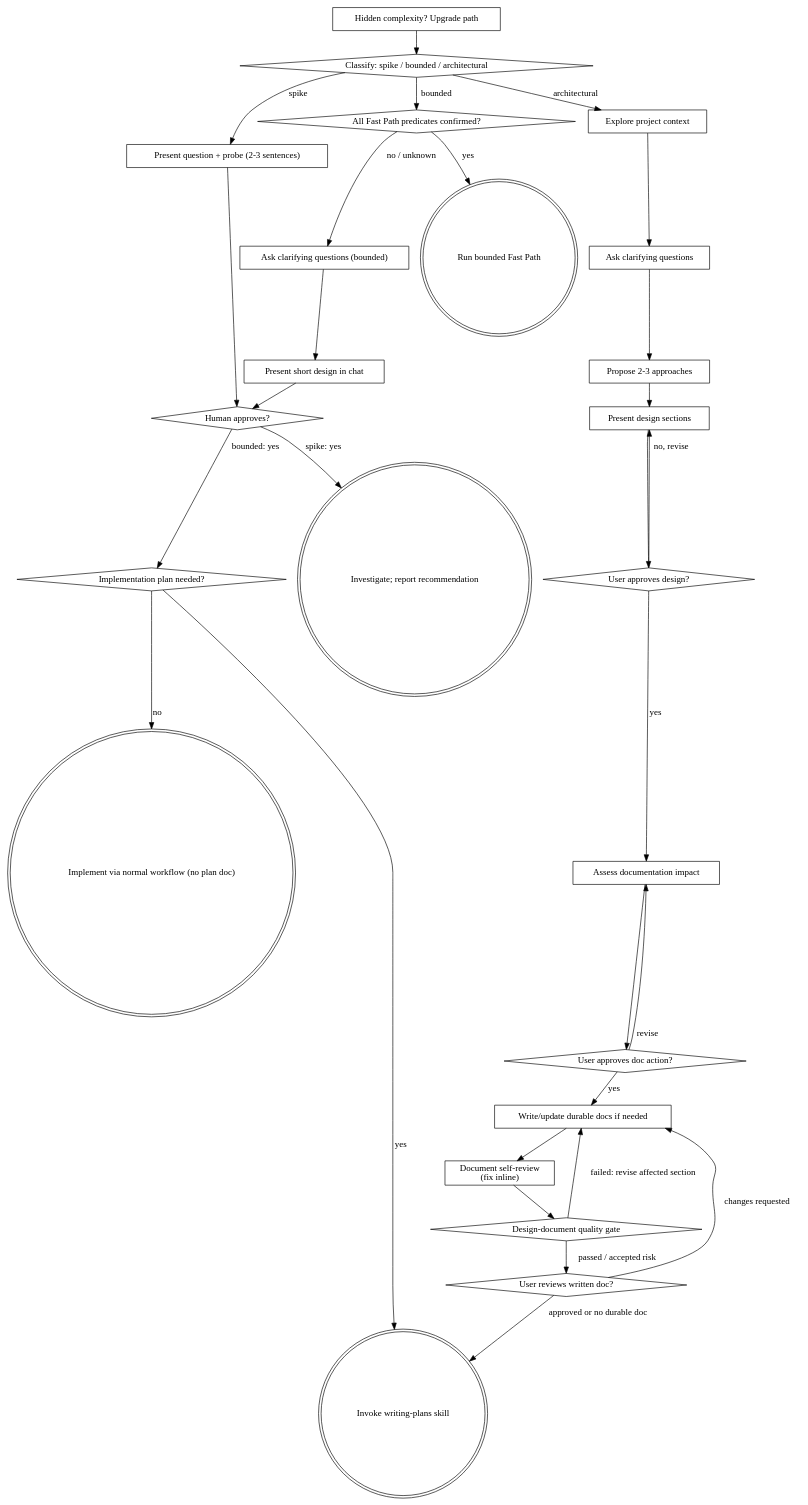
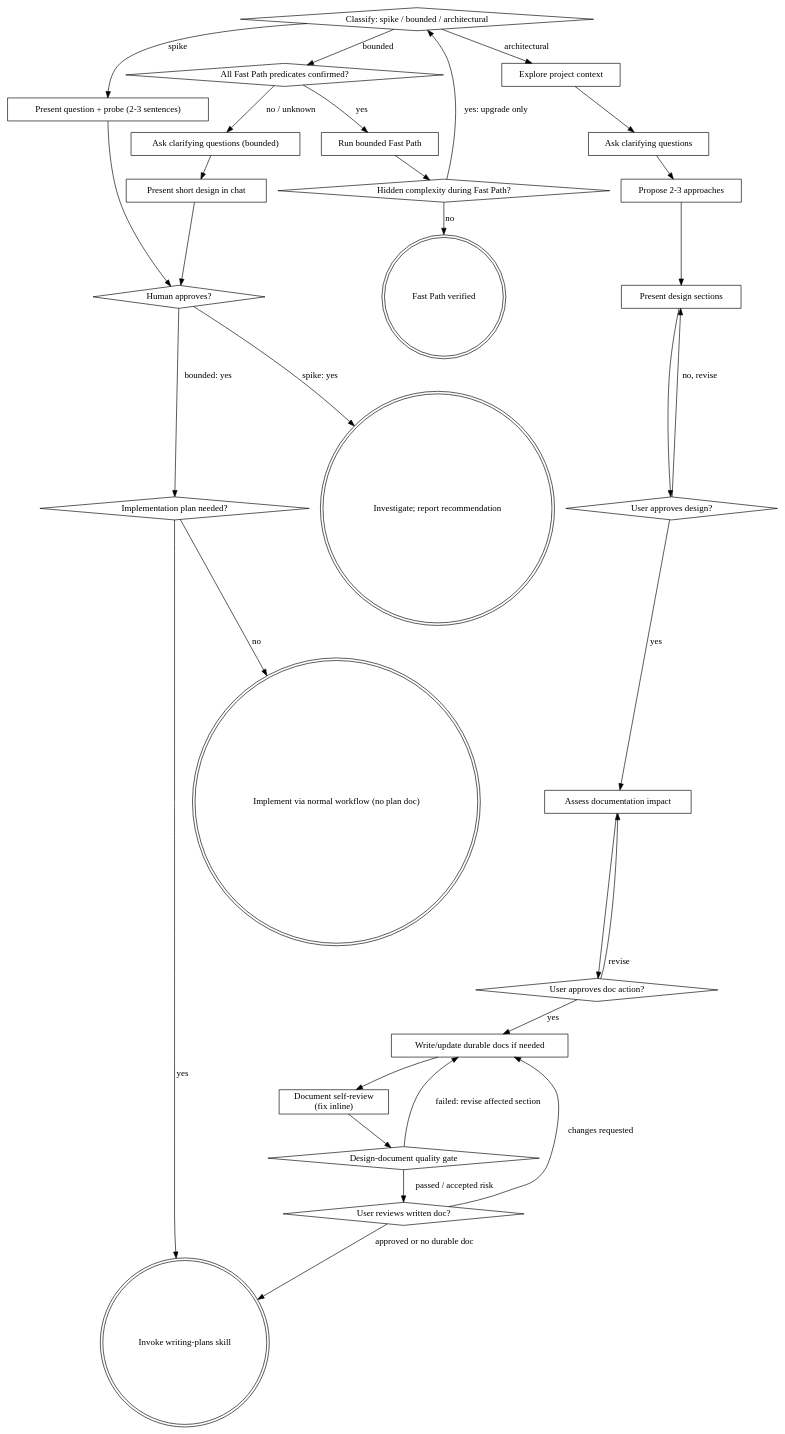
One commit to sonsu-lee/sonsu-marketplace changed the diagram in plugins/engineering/skills/brainstorming/SKILL.md. Above: the diagram before and after it, drawn with Graphviz. The commit also changed 8 other files, not shown here.

````diff
--- a/plugins/engineering/skills/brainstorming/SKILL.md
+++ b/plugins/engineering/skills/brainstorming/SKILL.md
@@ -133,56 +133,59 @@
 ```dot
 digraph brainstorming {
     "Classify: spike / bounded / architectural" [shape=diamond];
     "Present question + probe (2-3 sentences)" [shape=box];
     "Ask clarifying questions (bounded)" [shape=box];
     "All Fast Path predicates confirmed?" [shape=diamond];
-    "Run bounded Fast Path" [shape=doublecircle];
+    "Run bounded Fast Path" [shape=box];
+    "Hidden complexity during Fast Path?" [shape=diamond];
+    "Fast Path verified" [shape=doublecircle];
     "Present short design in chat" [shape=box];
     "Human approves?" [shape=diamond];
     "Implementation plan needed?" [shape=diamond];
     "Investigate; report recommendation" [shape=doublecircle];
     "Implement via normal workflow (no plan doc)" [shape=doublecircle];
     "Explore project context" [shape=box];
     "Ask clarifying questions" [shape=box];
     "Propose 2-3 approaches" [shape=box];
     "Present design sections" [shape=box];
     "User approves design?" [shape=diamond];
     "Assess documentation impact" [shape=box];
     "User approves doc action?" [shape=diamond];
     "Write/update durable docs if needed" [shape=box];
     "Document self-review\n(fix inline)" [shape=box];
     "Design-document quality gate" [shape=diamond];
     "User reviews written doc?" [shape=diamond];
     "Invoke writing-plans skill" [shape=doublecircle];
-    "Hidden complexity? Upgrade path" [shape=box];
 
     "Classify: spike / bounded / architectural" -> "Present question + probe (2-3 sentences)" [label="spike"];
     "Classify: spike / bounded / architectural" -> "All Fast Path predicates confirmed?" [label="bounded"];
     "All Fast Path predicates confirmed?" -> "Run bounded Fast Path" [label="yes"];
+    "Run bounded Fast Path" -> "Hidden complexity during Fast Path?";
+    "Hidden complexity during Fast Path?" -> "Classify: spike / bounded / architectural" [label="yes: upgrade only"];
+    "Hidden complexity during Fast Path?" -> "Fast Path verified" [label="no"];
     "All Fast Path predicates confirmed?" -> "Ask clarifying questions (bounded)" [label="no / unknown"];
     "Classify: spike / bounded / architectural" -> "Explore project context" [label="architectural"];
     "Present question + probe (2-3 sentences)" -> "Human approves?";
     "Ask clarifying questions (bounded)" -> "Present short design in chat";
     "Present short design in chat" -> "Human approves?";
     "Human approves?" -> "Investigate; report recommendation" [label="spike: yes"];
     "Human approves?" -> "Implementation plan needed?" [label="bounded: yes"];
     "Implementation plan needed?" -> "Invoke writing-plans skill" [label="yes"];
     "Implementation plan needed?" -> "Implement via normal workflow (no plan doc)" [label="no"];
-    "Hidden complexity? Upgrade path" -> "Classify: spike / bounded / architectural";
     "Explore project context" -> "Ask clarifying questions";
     "Ask clarifying questions" -> "Propose 2-3 approaches";
     "Propose 2-3 approaches" -> "Present design sections";
     "Present design sections" -> "User approves design?";
     "User approves design?" -> "Present design sections" [label="no, revise"];
     "User approves design?" -> "Assess documentation impact" [label="yes"];
     "Assess documentation impact" -> "User approves doc action?";
     "User approves doc action?" -> "Assess documentation impact" [label="revise"];
     "User approves doc action?" -> "Write/update durable docs if needed" [label="yes"];
     "Write/update durable docs if needed" -> "Document self-review\n(fix inline)";
     "Document self-review\n(fix inline)" -> "Design-document quality gate";
     "Design-document quality gate" -> "Write/update durable docs if needed" [label="failed: revise affected section"];
     "Design-document quality gate" -> "User reviews written doc?" [label="passed / accepted risk"];
     "User reviews written doc?" -> "Write/update durable docs if needed" [label="changes requested"];
     "User reviews written doc?" -> "Invoke writing-plans skill" [label="approved or no durable doc"];
 }
 ```
````
